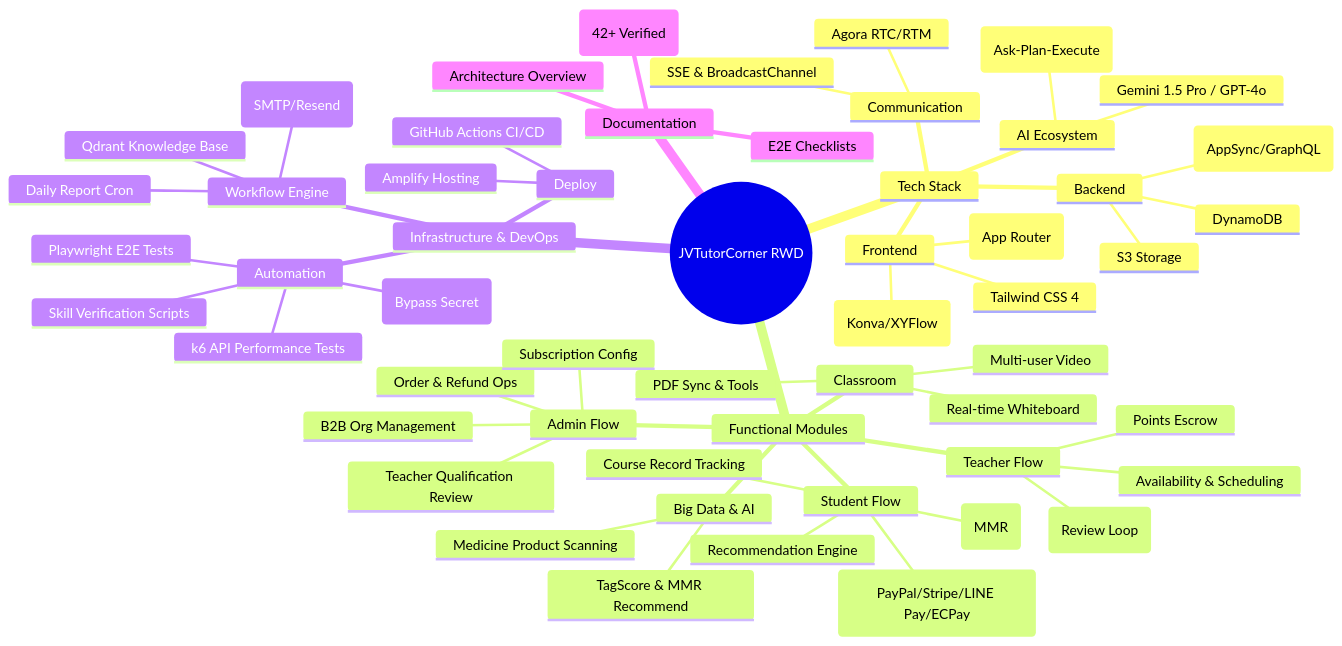
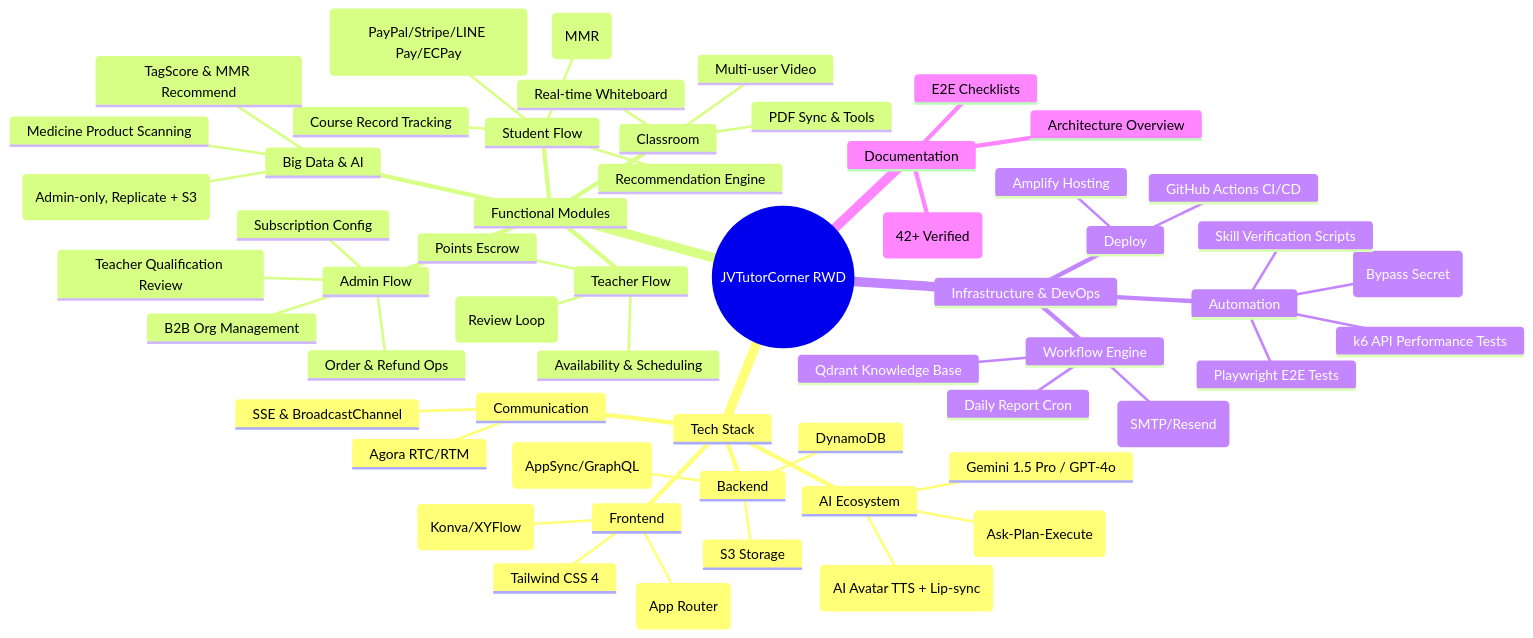
Before and after one commit to jvtutorcorner-sketch/jvtutorcorner-rwd: the diagram in docs/project-architecture-mindmap.md, drawn with Mermaid. The commit also changed other lines of this file and 1 other file, not shown here.

Commit message:
docs(architecture): document AI avatar pilot in project architecture
Adds section 3.6 to project-architecture-overview.md covering the
/ai-avatar generate→advance pipeline, its stateless polling design,
and why completed videos are persisted to S3 (Replicate deletes API
outputs after 1 hour). Mirrors the addition into the mermaid mindmap.

````diff
--- a/docs/project-architecture-mindmap.md
+++ b/docs/project-architecture-mindmap.md
@@ -5,58 +5,60 @@
 ```mermaid
 mindmap
   root((JVTutorCorner RWD))
     Tech Stack
       Frontend
         Next.js 16 (App Router)
         Tailwind CSS 4
         Visual (Konva/XYFlow)
       Backend
         AWS Amplify (AppSync/GraphQL)
         DynamoDB
         S3 Storage
       AI Ecosystem
         Gemini 1.5 Pro / GPT-4o
         3-Agent Loop (Ask-Plan-Execute)
+        Replicate (AI Avatar TTS + Lip-sync)
       Communication
         Agora RTC/RTM
         SSE & BroadcastChannel
     Functional Modules
       Student Flow
         Onboarding Survey (MMR)
         Recommendation Engine
         Pricing & Points (PayPal/Stripe/LINE Pay/ECPay)
         Course Record Tracking
       Teacher Flow
         Course Management (Review Loop)
         Availability & Scheduling
         Points Escrow
       Admin Flow
         Order & Refund Ops
         Teacher Qualification Review
         Subscription Config
         B2B Org Management
       Classroom
         Multi-user Video
         Real-time Whiteboard
         PDF Sync & Tools
       Big Data & AI
         Medicine Product Scanning
         TagScore & MMR Recommend
+        AI Avatar Ad Pilot (Admin-only, Replicate + S3)
     Infrastructure & DevOps
       Automation
         Playwright E2E Tests
         k6 API Performance Tests
         Auto-Login (Bypass Secret)
         Skill Verification Scripts
       Deploy
         Amplify Hosting
         GitHub Actions CI/CD
       Workflow Engine
         Email Service (SMTP/Resend)
         Qdrant Knowledge Base
         Daily Report Cron
     Documentation
       Architecture Overview
       AI Skills (42+ Verified)
       E2E Checklists
 ```
````
